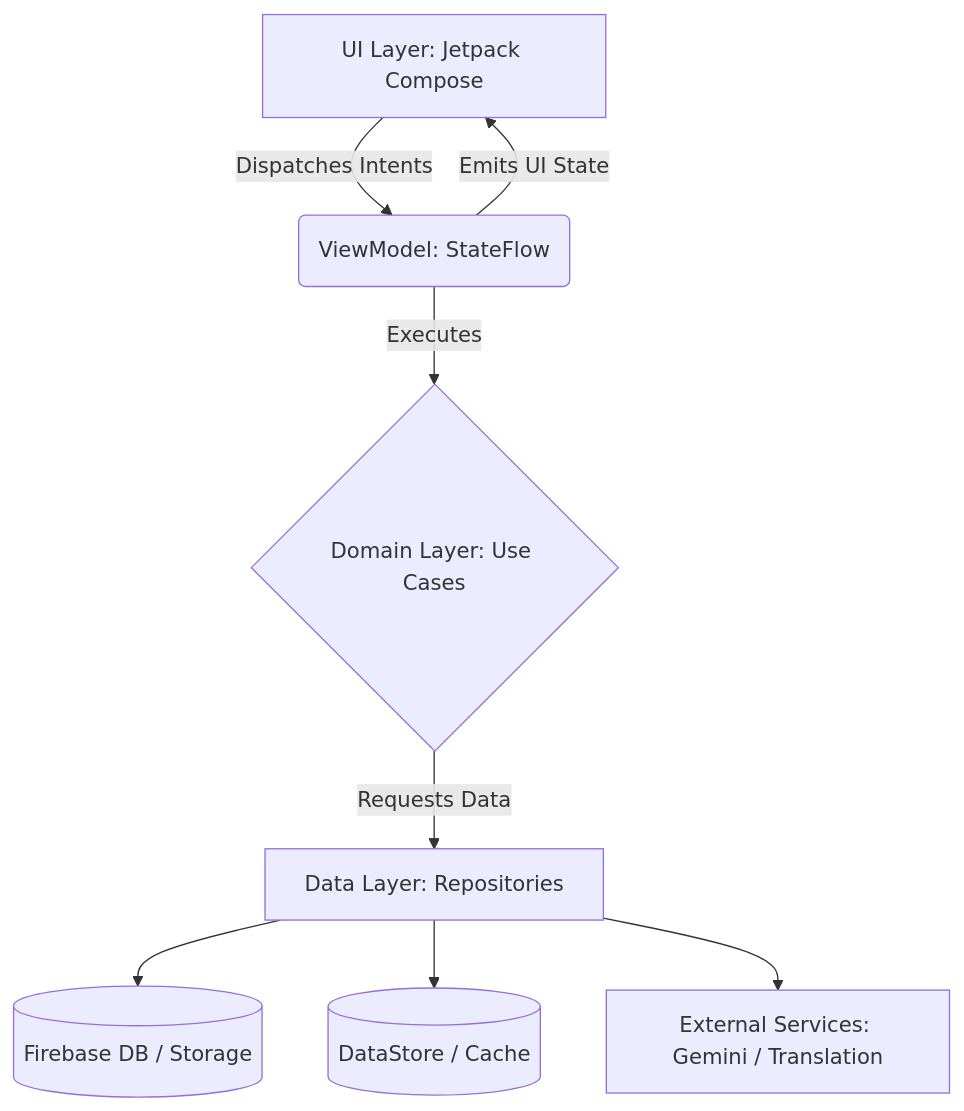
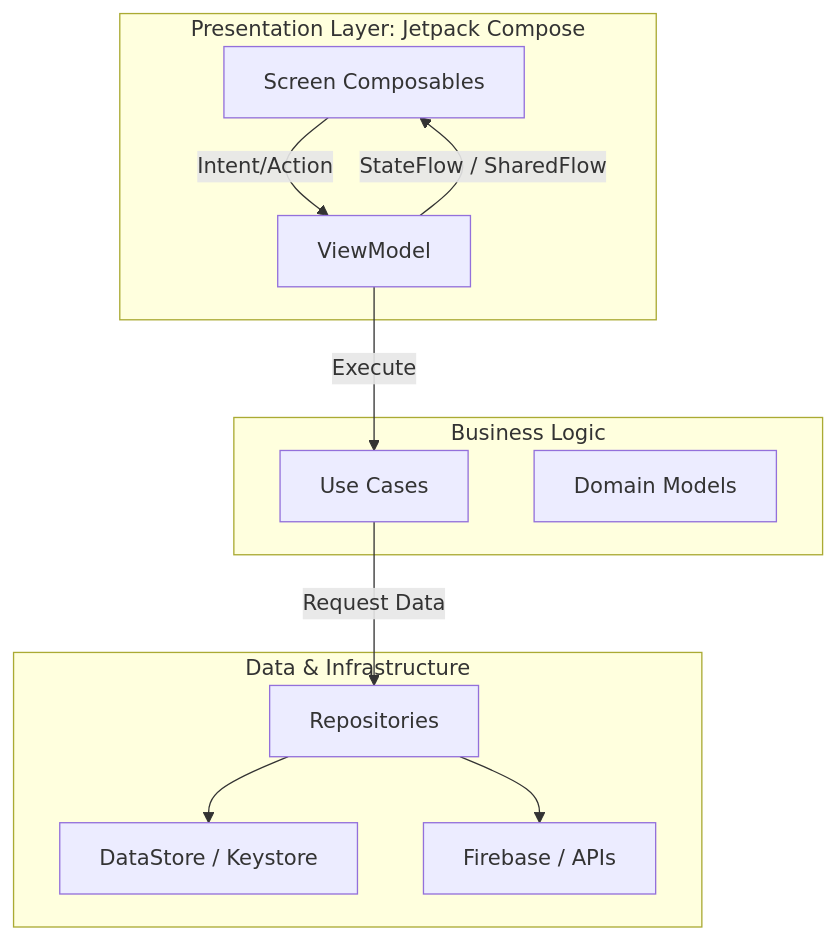
The first of 4 diagrams in README.md (Azelmods677/NexusChat), drawn with Mermaid before and after one commit. The commit also changed other lines of this file, not shown here.

````diff
--- a/README.md
+++ b/README.md
@@ -95,10 +79,25 @@
 ```mermaid
 graph TD
-    UI[UI Layer: Jetpack Compose] -->|Dispatches Intents| VM(ViewModel: StateFlow)
-    VM -->|Emits UI State| UI
-    VM -->|Executes| UC{Domain Layer: Use Cases}
-    UC -->|Requests Data| REPO[Data Layer: Repositories]
-    REPO --> DB[(Firebase DB / Storage)]
-    REPO --> Local[(DataStore / Cache)]
-    REPO --> API[External Services: Gemini / Translation]
+    subgraph UI Layer [Presentation Layer: Jetpack Compose]
+        Screen[Screen Composables]
+        VM[ViewModel]
+    end
+
+    subgraph Domain Layer [Business Logic]
+        UseCase[Use Cases]
+        Model[Domain Models]
+    end
+
+    subgraph Data Layer [Data & Infrastructure]
+        Repo[Repositories]
+        Local[DataStore / Keystore]
+        Remote[Firebase / APIs]
+    end
+
+    Screen -->|Intent/Action| VM
+    VM -->|StateFlow / SharedFlow| Screen
+    VM -->|Execute| UseCase
+    UseCase -->|Request Data| Repo
+    Repo --> Local
+    Repo --> Remote
 ```
````
